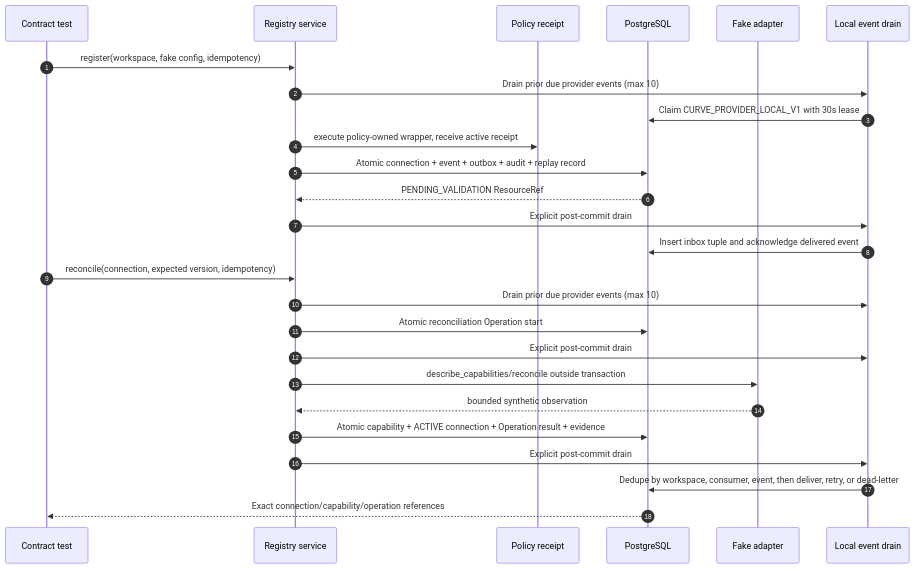
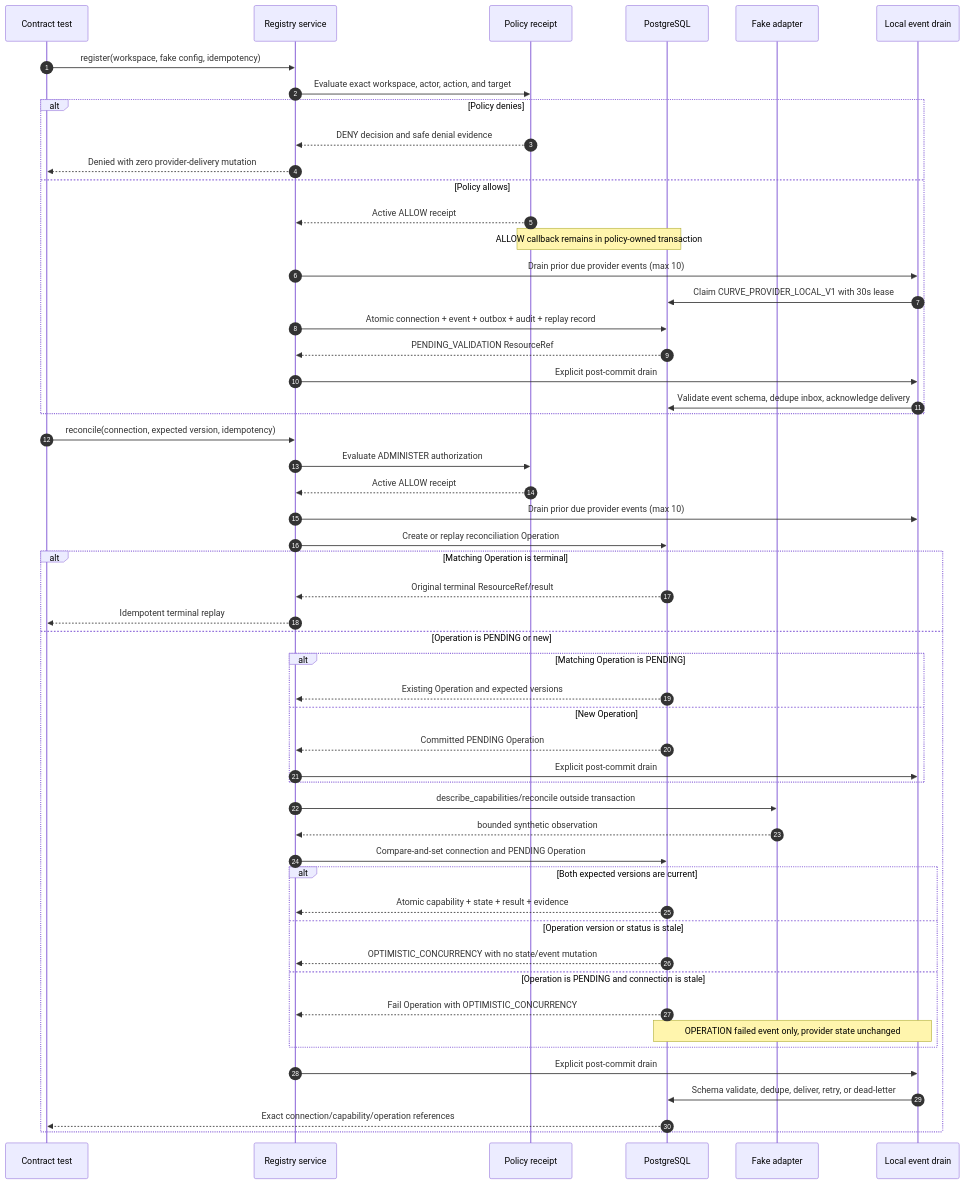
Before and after one commit to faocampo/curve: the first of 2 diagrams in docs/technical/m0-s9a-provider-registry-task-packet.md, drawn with Mermaid. The commit also changed other lines of this file and 22 other files, not shown here.

````diff
--- a/docs/technical/m0-s9a-provider-registry-task-packet.md
+++ b/docs/technical/m0-s9a-provider-registry-task-packet.md
@@ -207,29 +224,56 @@
 ```mermaid
 sequenceDiagram
     autonumber
     participant T as Contract test
     participant S as Registry service
     participant P as Policy receipt
     participant DB as PostgreSQL
     participant F as Fake adapter
     participant D as Local event drain
 
     T->>S: register(workspace, fake config, idempotency)
+    S->>P: Evaluate exact workspace, actor, action, and target
+    alt Policy denies
+        P-->>S: DENY decision and safe denial evidence
+        S-->>T: Denied with zero provider-delivery mutation
+    else Policy allows
+        P-->>S: Active ALLOW receipt
+        Note over P,DB: ALLOW callback remains in policy-owned transaction
+        S->>D: Drain prior due provider events (max 10)
+        D->>DB: Claim CURVE_PROVIDER_LOCAL_V1 with 30s lease
+        S->>DB: Atomic connection + event + outbox + audit + replay record
+        DB-->>S: PENDING_VALIDATION ResourceRef
+        S->>D: Explicit post-commit drain
+        D->>DB: Validate event schema, dedupe inbox, acknowledge delivery
+    end
+    T->>S: reconcile(connection, expected version, idempotency)
+    S->>P: Evaluate ADMINISTER authorization
+    P-->>S: Active ALLOW receipt
     S->>D: Drain prior due provider events (max 10)
-    D->>DB: Claim CURVE_PROVIDER_LOCAL_V1 with 30s lease
-    S->>P: execute policy-owned wrapper, receive active receipt
-    S->>DB: Atomic connection + event + outbox + audit + replay record
-    DB-->>S: PENDING_VALIDATION ResourceRef
-    S->>D: Explicit post-commit drain
-    D->>DB: Insert inbox tuple and acknowledge delivered event
-    T->>S: reconcile(connection, expected version, idempotency)
-    S->>D: Drain prior due provider events (max 10)
-    S->>DB: Atomic reconciliation Operation start
-    S->>D: Explicit post-commit drain
-    S->>F: describe_capabilities/reconcile outside transaction
-    F-->>S: bounded synthetic observation
-    S->>DB: Atomic capability + ACTIVE connection + Operation result + evidence
-    S->>D: Explicit post-commit drain
-    D->>DB: Dedupe by workspace, consumer, event, then deliver, retry, or dead-letter
-    DB-->>T: Exact connection/capability/operation references
+    S->>DB: Create or replay reconciliation Operation
+    alt Matching Operation is terminal
+        DB-->>S: Original terminal ResourceRef/result
+        S-->>T: Idempotent terminal replay
+    else Operation is PENDING or new
+        alt Matching Operation is PENDING
+            DB-->>S: Existing Operation and expected versions
+        else New Operation
+            DB-->>S: Committed PENDING Operation
+            S->>D: Explicit post-commit drain
+        end
+        S->>F: describe_capabilities/reconcile outside transaction
+        F-->>S: bounded synthetic observation
+        S->>DB: Compare-and-set connection and PENDING Operation
+        alt Both expected versions are current
+            DB-->>S: Atomic capability + state + result + evidence
+        else Operation version or status is stale
+            DB-->>S: OPTIMISTIC_CONCURRENCY with no state/event mutation
+        else Operation is PENDING and connection is stale
+            DB-->>S: Fail Operation with OPTIMISTIC_CONCURRENCY
+            Note over DB,D: OPERATION failed event only, provider state unchanged
+        end
+        S->>D: Explicit post-commit drain
+        D->>DB: Schema validate, dedupe, deliver, retry, or dead-letter
+        DB-->>T: Exact connection/capability/operation references
+    end
 ```
````
